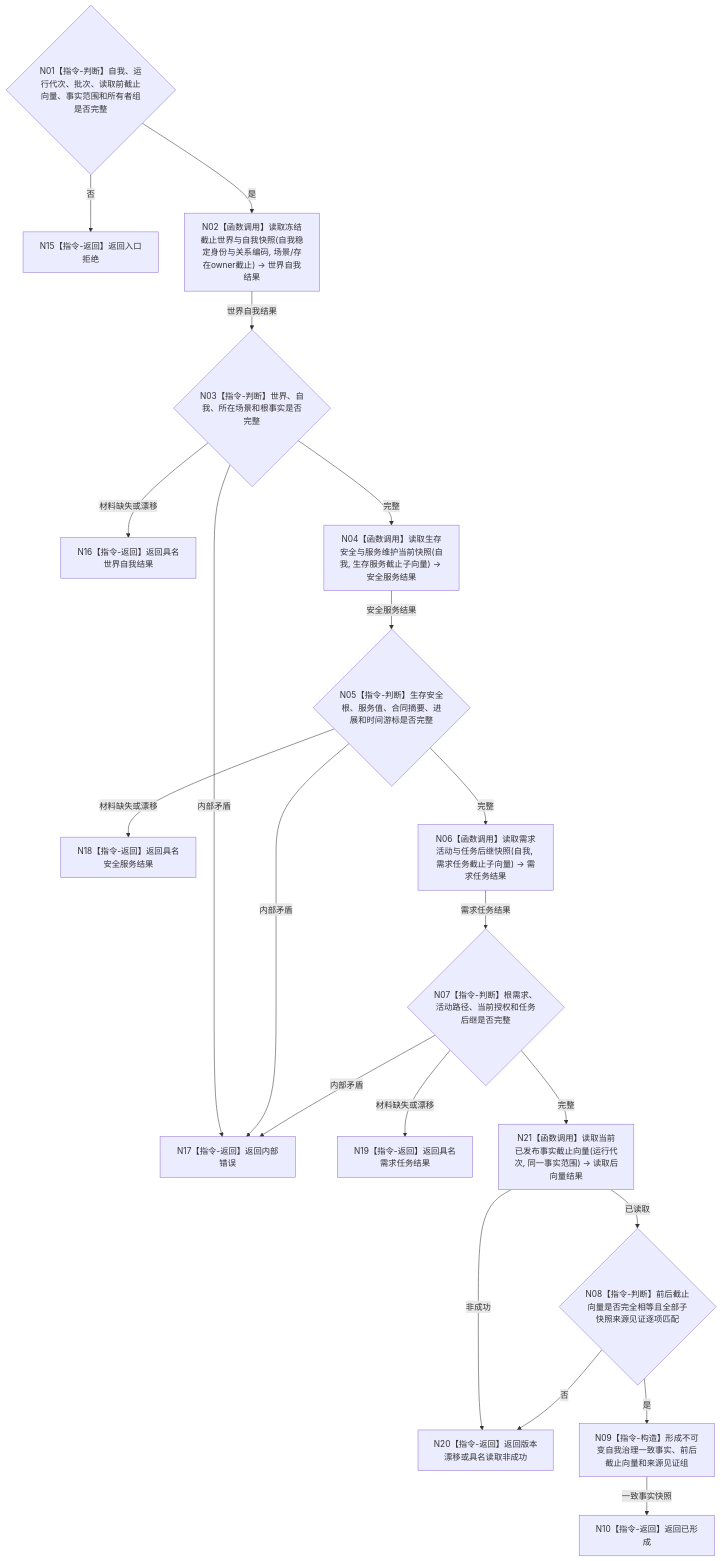
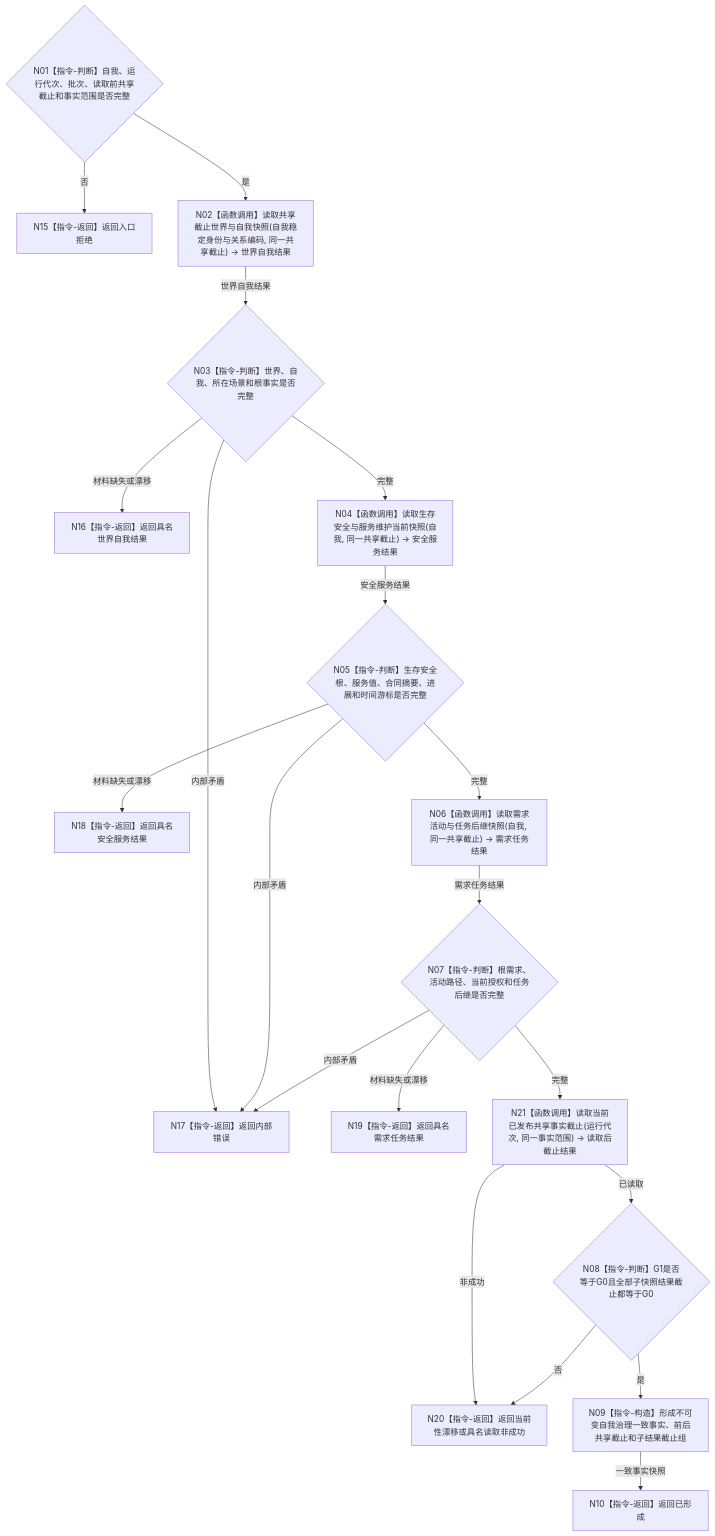
Before and after one commit to chunhaizh-cyber/HY-Ego: the diagram in 流程图/目标业务流程图/L2/BIZ-L2-002-02_读取自我治理一致事实_目标函数流程图_v0.1.md, drawn with Mermaid. The commit also changed other lines of this file and 19 other files, not shown here.

````diff
--- a/流程图/目标业务流程图/L2/BIZ-L2-002-02_读取自我治理一致事实_目标函数流程图_v0.1.md
+++ b/流程图/目标业务流程图/L2/BIZ-L2-002-02_读取自我治理一致事实_目标函数流程图_v0.1.md
@@ -33,22 +33,22 @@
 ```mermaid
 flowchart TD
-    N01{"N01【指令-判断】自我、运行代次、批次、读取前截止向量、事实范围和所有者组是否完整"} -->|否| N15["N15【指令-返回】返回入口拒绝"]
-    N01 -->|是| N02["N02【函数调用】读取冻结截止世界与自我快照(自我稳定身份与关系编码, 场景/存在owner截止) -> 世界自我结果"]
+    N01{"N01【指令-判断】自我、运行代次、批次、读取前共享截止和事实范围是否完整"} -->|否| N15["N15【指令-返回】返回入口拒绝"]
+    N01 -->|是| N02["N02【函数调用】读取共享截止世界与自我快照(自我稳定身份与关系编码, 同一共享截止) -> 世界自我结果"]
     N02 -->|世界自我结果| N03{"N03【指令-判断】世界、自我、所在场景和根事实是否完整"}
     N03 -->|材料缺失或漂移| N16["N16【指令-返回】返回具名世界自我结果"]
     N03 -->|内部矛盾| N17["N17【指令-返回】返回内部错误"]
-    N03 -->|完整| N04["N04【函数调用】读取生存安全与服务维护当前快照(自我, 生存服务截止子向量) -> 安全服务结果"]
+    N03 -->|完整| N04["N04【函数调用】读取生存安全与服务维护当前快照(自我, 同一共享截止) -> 安全服务结果"]
     N04 -->|安全服务结果| N05{"N05【指令-判断】生存安全根、服务值、合同摘要、进展和时间游标是否完整"}
     N05 -->|材料缺失或漂移| N18["N18【指令-返回】返回具名安全服务结果"]
     N05 -->|内部矛盾| N17
-    N05 -->|完整| N06["N06【函数调用】读取需求活动与任务后继快照(自我, 需求任务截止子向量) -> 需求任务结果"]
+    N05 -->|完整| N06["N06【函数调用】读取需求活动与任务后继快照(自我, 同一共享截止) -> 需求任务结果"]
     N06 -->|需求任务结果| N07{"N07【指令-判断】根需求、活动路径、当前授权和任务后继是否完整"}
     N07 -->|材料缺失或漂移| N19["N19【指令-返回】返回具名需求任务结果"]
     N07 -->|内部矛盾| N17
-    N07 -->|完整| N21["N21【函数调用】读取当前已发布事实截止向量(运行代次, 同一事实范围) -> 读取后向量结果"]
-    N21 -->|非成功| N20["N20【指令-返回】返回版本漂移或具名读取非成功"]
-    N21 -->|已读取| N08{"N08【指令-判断】前后截止向量是否完全相等且全部子快照来源见证逐项匹配"}
+    N07 -->|完整| N21["N21【函数调用】读取当前已发布共享事实截止(运行代次, 同一事实范围) -> 读取后截止结果"]
+    N21 -->|非成功| N20["N20【指令-返回】返回当前性漂移或具名读取非成功"]
+    N21 -->|已读取| N08{"N08【指令-判断】G1是否等于G0且全部子快照结果截止都等于G0"}
     N08 -->|否| N20
-    N08 -->|是| N09["N09【指令-构造】形成不可变自我治理一致事实、前后截止向量和来源见证组"]
+    N08 -->|是| N09["N09【指令-构造】形成不可变自我治理一致事实、前后共享截止和子结果截止组"]
     N09 -->|一致事实快照| N10["N10【指令-返回】返回已形成"]
 ```
````
